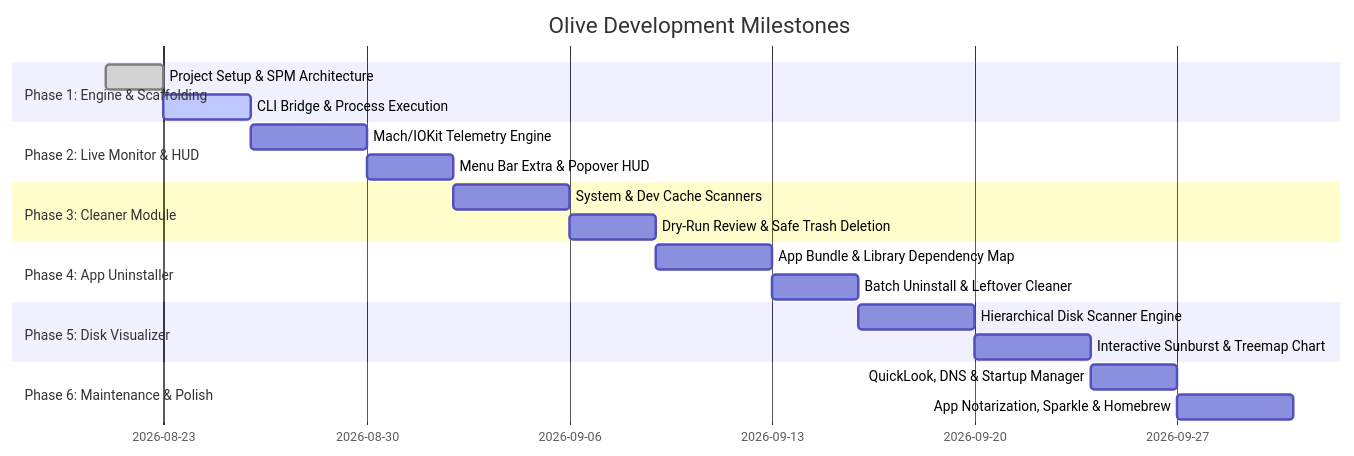
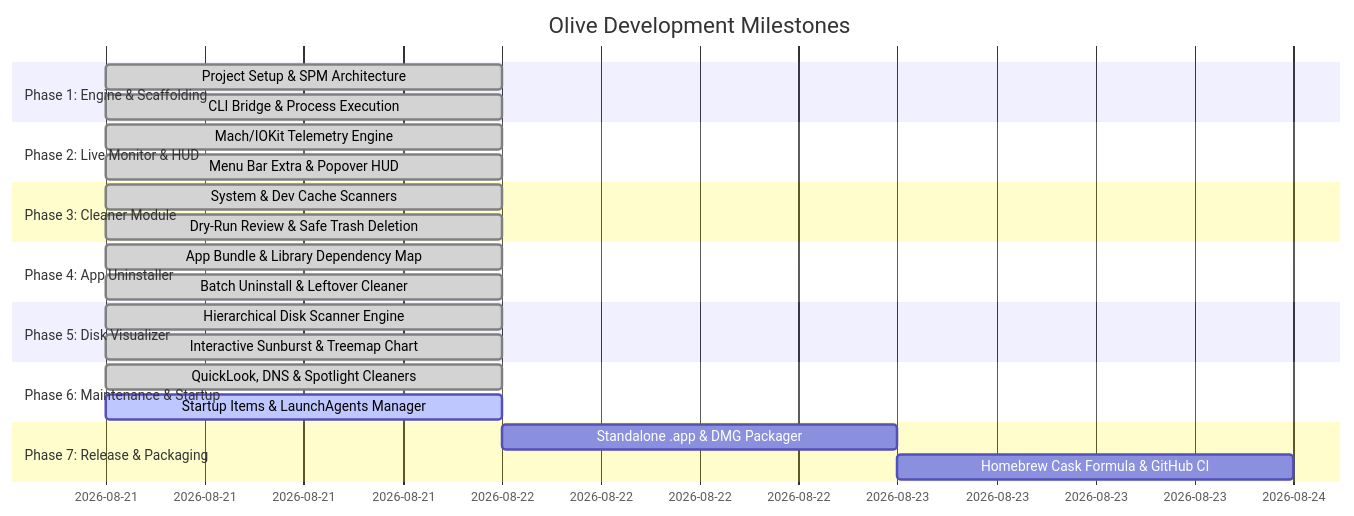
One commit to Voltster/Olive changed the diagram in ROADMAP.md. Above: the diagram before and after it, drawn with Mermaid. The commit also changed other lines of this file, not shown here.

Commit message:
Update ROADMAP.md with current progress: Milestones 1-5 completed, Milestone 6 in progress

````diff
--- a/ROADMAP.md
+++ b/ROADMAP.md
@@ -8,23 +8,26 @@
 ```mermaid
 gantt
     title Olive Development Milestones
     dateFormat  YYYY-MM-DD
     section Phase 1: Engine & Scaffolding
-    Project Setup & SPM Architecture     :done, p1_1, 2026-08-21, 2d
-    CLI Bridge & Process Execution        :active, p1_2, 2026-08-23, 3d
+    Project Setup & SPM Architecture     :done, p1_1, 2026-08-21, 1d
+    CLI Bridge & Process Execution        :done, p1_2, 2026-08-21, 1d
     section Phase 2: Live Monitor & HUD
-    Mach/IOKit Telemetry Engine          :p2_1, after p1_2, 4d
-    Menu Bar Extra & Popover HUD         :p2_2, after p2_1, 3d
+    Mach/IOKit Telemetry Engine          :done, p2_1, 2026-08-21, 1d
+    Menu Bar Extra & Popover HUD         :done, p2_2, 2026-08-21, 1d
     section Phase 3: Cleaner Module
-    System & Dev Cache Scanners          :p3_1, after p2_2, 4d
-    Dry-Run Review & Safe Trash Deletion :p3_2, after p3_1, 3d
+    System & Dev Cache Scanners          :done, p3_1, 2026-08-21, 1d
+    Dry-Run Review & Safe Trash Deletion :done, p3_2, 2026-08-21, 1d
     section Phase 4: App Uninstaller
-    App Bundle & Library Dependency Map  :p4_1, after p3_2, 4d
-    Batch Uninstall & Leftover Cleaner   :p4_2, after p4_1, 3d
+    App Bundle & Library Dependency Map  :done, p4_1, 2026-08-21, 1d
+    Batch Uninstall & Leftover Cleaner   :done, p4_2, 2026-08-21, 1d
     section Phase 5: Disk Visualizer
-    Hierarchical Disk Scanner Engine     :p5_1, after p4_2, 4d
-    Interactive Sunburst & Treemap Chart :p5_2, after p5_1, 4d
-    section Phase 6: Maintenance & Polish
-    QuickLook, DNS & Startup Manager     :p6_1, after p5_2, 3d
-    App Notarization, Sparkle & Homebrew :p6_2, after p6_1, 4d
+    Hierarchical Disk Scanner Engine     :done, p5_1, 2026-08-21, 1d
+    Interactive Sunburst & Treemap Chart :done, p5_2, 2026-08-21, 1d
+    section Phase 6: Maintenance & Startup
+    QuickLook, DNS & Spotlight Cleaners  :done, p6_1, 2026-08-21, 1d
+    Startup Items & LaunchAgents Manager :active, p6_2, 2026-08-21, 1d
+    section Phase 7: Release & Packaging
+    Standalone .app & DMG Packager       :p7_1, after p6_2, 1d
+    Homebrew Cask Formula & GitHub CI    :p7_2, after p7_1, 1d
 ```
````
